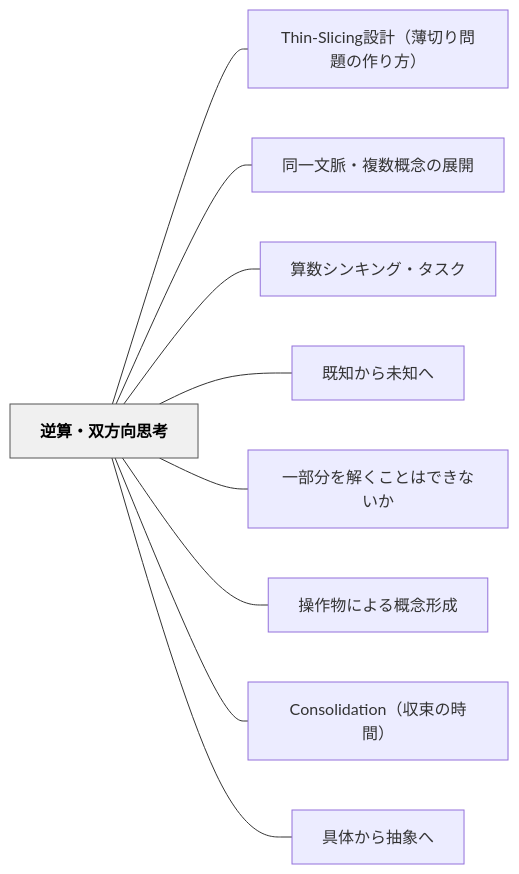
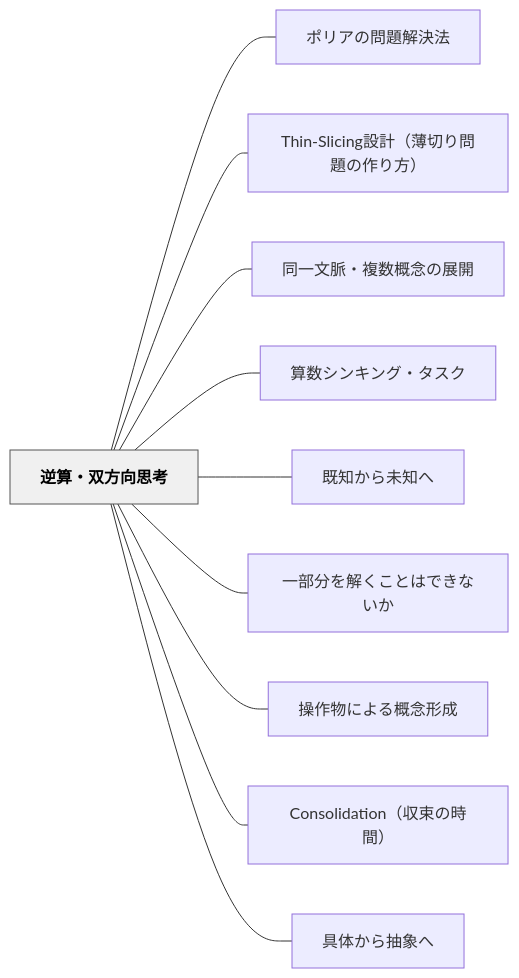
One commit to unknownthings-ed-patterns/unknownthings-ed-patterns changed the diagram in content/パタン/逆算・双方向思考.md. Above: the diagram before and after it, drawn with Mermaid. The commit also changed other lines of this file and 473 other files, not shown here.

````diff
--- a/content/パタン/逆算・双方向思考.md
+++ b/content/パタン/逆算・双方向思考.md
@@ -158,24 +159,26 @@
 ```mermaid
 flowchart LR
     ne98086e7ae97["逆算・双方向思考"]
+    ne3839de383aa["ポリアの問題解決法"]
     n5468696e2d53["Thin-Slicing設計（薄切り問題の作り方）"]
     ne5908ce4b880["同一文脈・複数概念の展開"]
     ne7ae97e695b0["算数シンキング・タスク"]
     ne697a2e79fa5["既知から未知へ"]
     ne4b880e983a8["一部分を解くことはできないか"]
     ne6938de4bd9c["操作物による概念形成"]
     n436f6e736f6c["Consolidation（収束の時間）"]
     ne585b7e4bd93["具体から抽象へ"]
 
+    ne98086e7ae97 --- ne3839de383aa
     ne98086e7ae97 --- n5468696e2d53
     ne98086e7ae97 --- ne5908ce4b880
     ne98086e7ae97 --- ne7ae97e695b0
     ne98086e7ae97 --- ne697a2e79fa5
     ne98086e7ae97 --- ne4b880e983a8
     ne98086e7ae97 --- ne6938de4bd9c
     ne98086e7ae97 --- n436f6e736f6c
     ne98086e7ae97 --- ne585b7e4bd93
 
     classDef hub fill:#f0f0f0,stroke:#555,color:#000,font-weight:bold
     class ne98086e7ae97 hub
 ```
````
